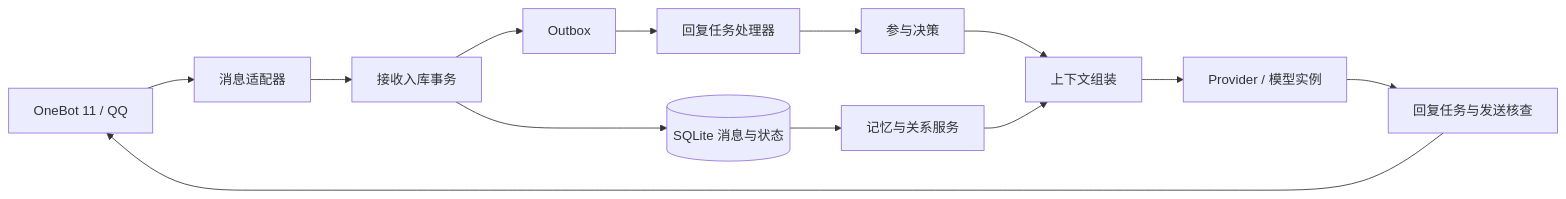
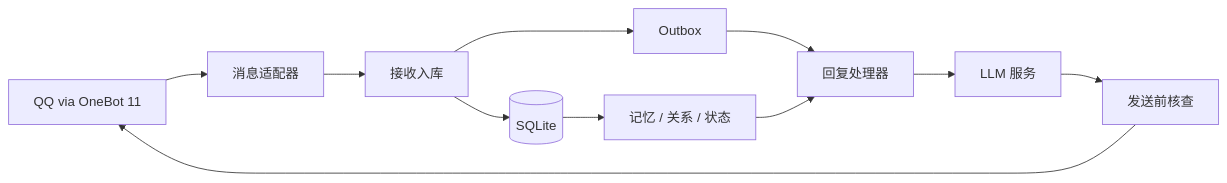
One commit to yomua-cat/yomua-bot changed the diagram in README.md. Above: the diagram before and after it, drawn with Mermaid. The commit also changed other lines of this file and 2 other files, not shown here.

````diff
--- a/README.md
+++ b/README.md
@@ -80,15 +65,13 @@
 ```mermaid
 flowchart LR
-    Q[OneBot 11 / QQ] --> A[消息适配器]
-    A --> T[接收入库事务]
-    T --> DB[(SQLite 消息与状态)]
+    Q[QQ via OneBot 11] --> A[消息适配器]
+    A --> T[接收入库]
+    T --> DB[(SQLite)]
     T --> O[Outbox]
-    O --> P[回复任务处理器]
-    P --> D[参与决策]
-    D --> C[上下文组装]
-    C --> L[Provider / 模型实例]
-    L --> R[回复任务与发送核查]
+    O --> P[回复处理器]
+    P --> L[LLM 服务]
+    L --> R[发送前核查]
     R --> Q
-    DB --> M[记忆与关系服务]
-    M --> C
+    DB --> M[记忆 / 关系 / 状态]
+    M --> P
 ```
````
